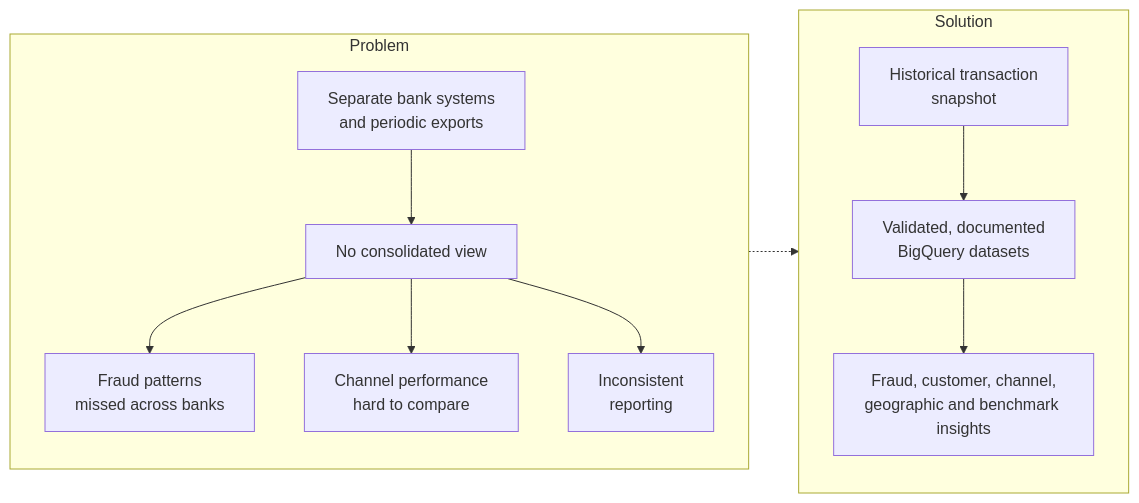
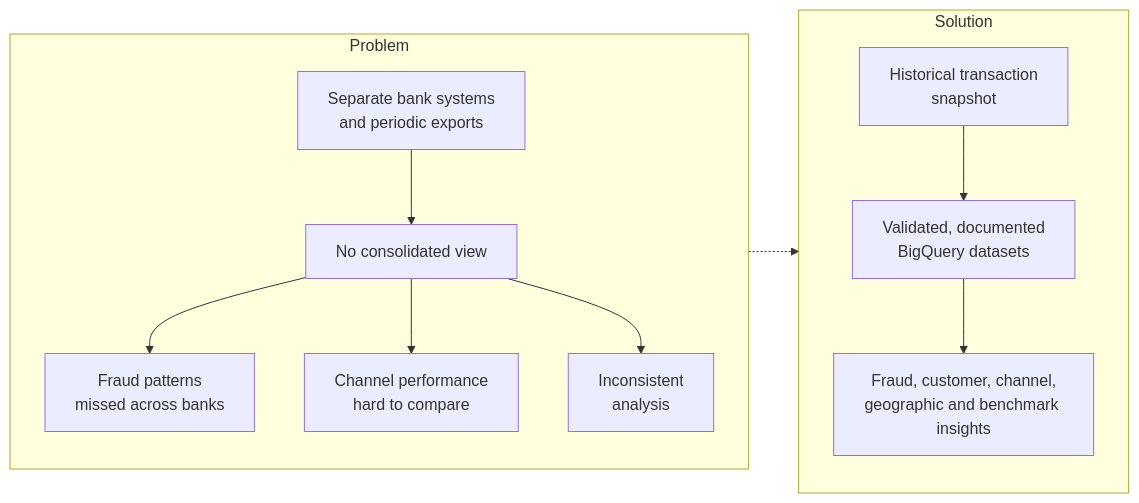
Before and after one commit to Chibutechie/banking-retail-transactions: the first of 2 diagrams in Readme.md, drawn with Mermaid. The commit also changed other lines of this file and 2 other files, not shown here.

````diff
--- a/Readme.md
+++ b/Readme.md
@@ -58,16 +56,16 @@
 ```mermaid
 flowchart LR
     subgraph Problem
         A[Separate bank systems<br/>and periodic exports] --> B[No consolidated view]
         B --> C[Fraud patterns<br/>missed across banks]
         B --> D[Channel performance<br/>hard to compare]
-        B --> E[Inconsistent<br/>reporting]
+        B --> E[Inconsistent<br/>analysis]
     end
 
     subgraph Solution
         F[Historical transaction<br/>snapshot] --> G[Validated, documented<br/>BigQuery datasets]
         G --> H[Fraud, customer, channel,<br/>geographic and benchmark insights]
     end
 
     Problem -.-> Solution
 ```
````
